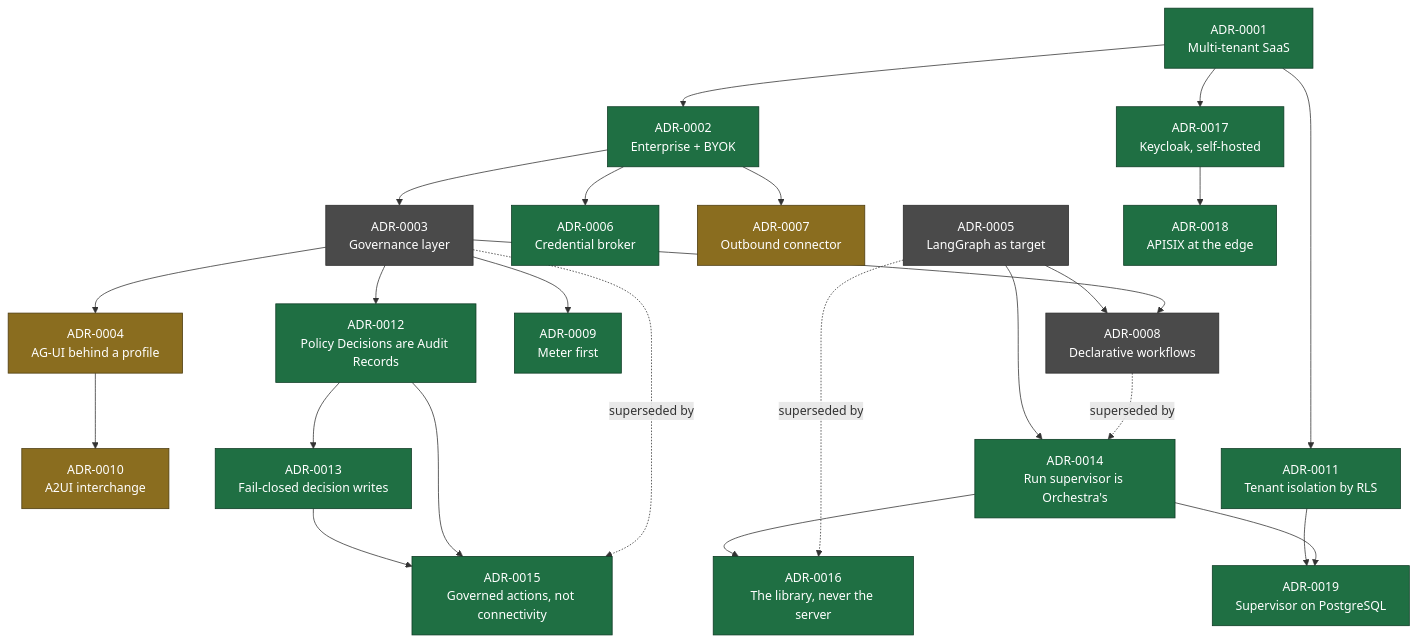
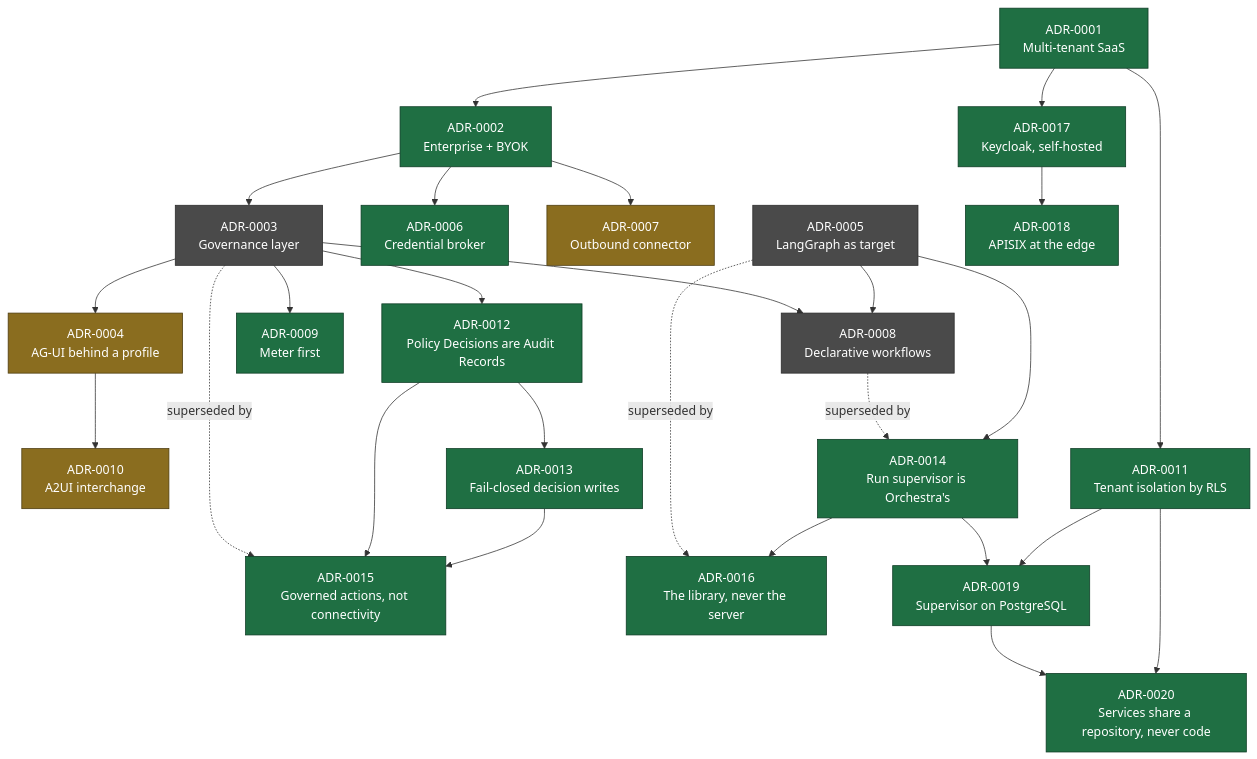
One commit to ayesigapaul/orchestra changed the diagram in docs/adr/section-index.md. Above: the diagram before and after it, drawn with Mermaid. The commit also changed other lines of this file and 33 other files, not shown here.

````diff
--- a/docs/adr/section-index.md
+++ b/docs/adr/section-index.md
@@ -52,33 +53,35 @@
 ```mermaid
 flowchart TD
   A1["ADR-0001<br/>Multi-tenant SaaS"] --> A2["ADR-0002<br/>Enterprise + BYOK"]
   A2 --> A3["ADR-0003<br/>Governance layer"]
   A2 --> A6["ADR-0006<br/>Credential broker"]
   A2 --> A7["ADR-0007<br/>Outbound connector"]
   A3 --> A4["ADR-0004<br/>AG-UI behind a profile"]
   A3 --> A8["ADR-0008<br/>Declarative workflows"]
   A3 --> A9["ADR-0009<br/>Meter first"]
   A5["ADR-0005<br/>LangGraph as target"] --> A8
   A4 --> A10["ADR-0010<br/>A2UI interchange"]
   A1 --> A11["ADR-0011<br/>Tenant isolation by RLS"]
   A3 --> A12["ADR-0012<br/>Policy Decisions are Audit Records"]
   A12 --> A13["ADR-0013<br/>Fail-closed decision writes"]
   A8 -.->|superseded by| A14["ADR-0014<br/>Run supervisor is Orchestra's"]
   A5 --> A14
   A3 -.->|superseded by| A15["ADR-0015<br/>Governed actions, not connectivity"]
   A12 --> A15
   A13 --> A15
   A5 -.->|superseded by| A16["ADR-0016<br/>The library, never the server"]
   A14 --> A16
   A1 --> A17["ADR-0017<br/>Keycloak, self-hosted"]
   A17 --> A18["ADR-0018<br/>APISIX at the edge"]
   A14 --> A19["ADR-0019<br/>Supervisor on PostgreSQL"]
   A11 --> A19
+  A19 --> A20["ADR-0020<br/>Services share a repository, never code"]
+  A11 --> A20
 
   classDef accepted fill:#1f6f43,stroke:#0d3b24,color:#fff;
   classDef proposed fill:#8a6d1f,stroke:#4d3c10,color:#fff;
   classDef superseded fill:#4a4a4a,stroke:#2a2a2a,color:#fff;
-  class A1,A2,A6,A9,A11,A12,A13,A14,A15,A16,A17,A18,A19 accepted;
+  class A1,A2,A6,A9,A11,A12,A13,A14,A15,A16,A17,A18,A19,A20 accepted;
   class A4,A7,A10 proposed;
   class A3,A5,A8 superseded;
 ```
````
